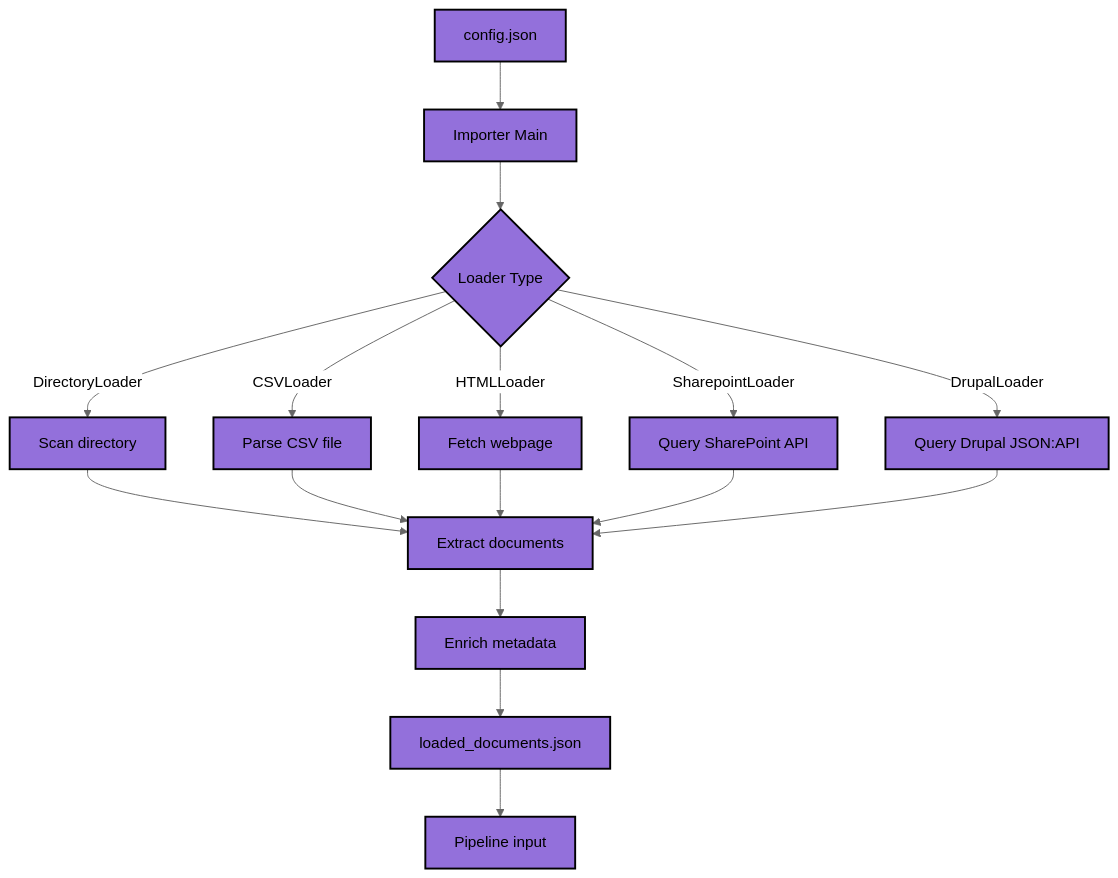
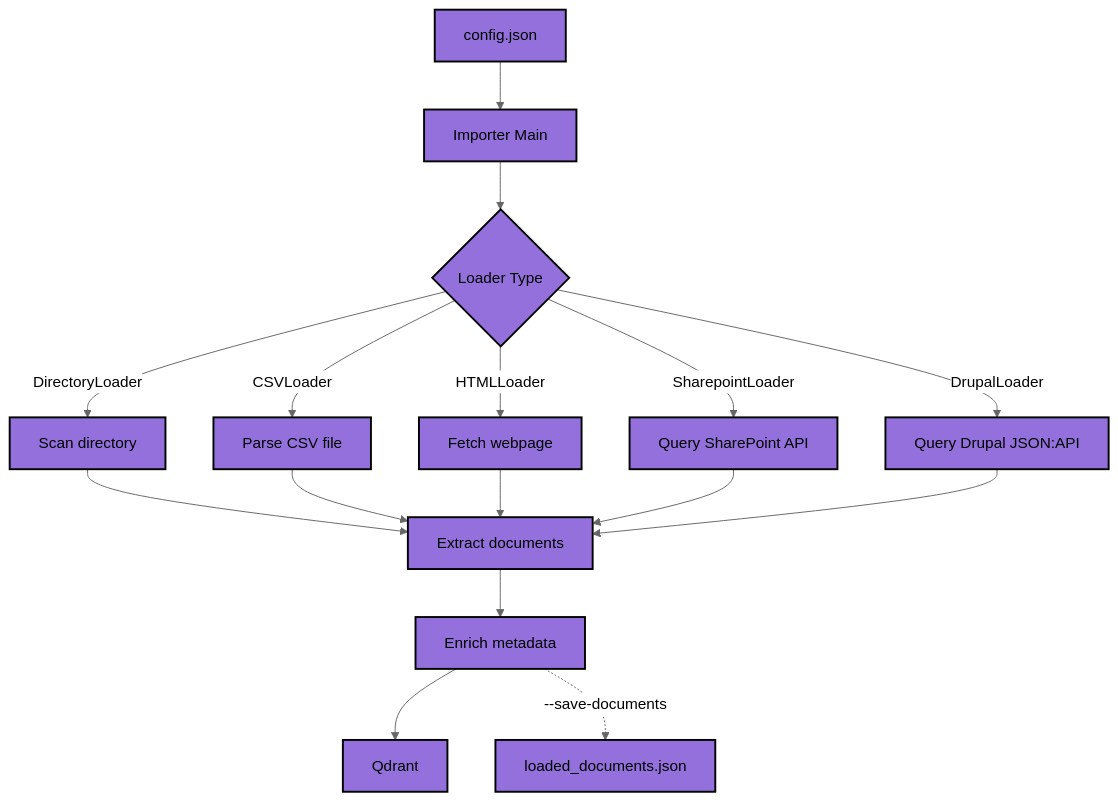
Before and after one commit to Learn2RAG/configurator: the diagram in learn2rag/importer/readme.md, drawn with Mermaid (neutral theme). The commit also changed other lines of this file and 3 other files, not shown here.

````diff
--- a/learn2rag/importer/readme.md
+++ b/learn2rag/importer/readme.md
@@ -36,32 +36,32 @@
 ```mermaid
 graph TD
     A[config.json] --> B[Importer Main]
     B --> C{Loader Type}
     C -->|DirectoryLoader| D[Scan directory]
     C -->|CSVLoader| E[Parse CSV file]
     C -->|HTMLLoader| F[Fetch webpage]
     C -->|SharepointLoader| G[Query SharePoint API]
     C -->|DrupalLoader| H[Query Drupal JSON:API]
     D --> I[Extract documents]
     E --> I
     F --> I
     G --> I
     H --> I
     I --> J[Enrich metadata]
-    J --> K[loaded_documents.json]
-    K --> L[Pipeline input]
+    J --> L[Qdrant]
+    J -.->|--save-documents| K[loaded_documents.json]
 
     classDef purple fill:#9370db,stroke:#000000,stroke-width:2px
     A:::purple
     B:::purple
     C:::purple
     D:::purple
     E:::purple
     F:::purple
     G:::purple
     H:::purple
     I:::purple
     J:::purple
     K:::purple
     L:::purple
 ```
````
